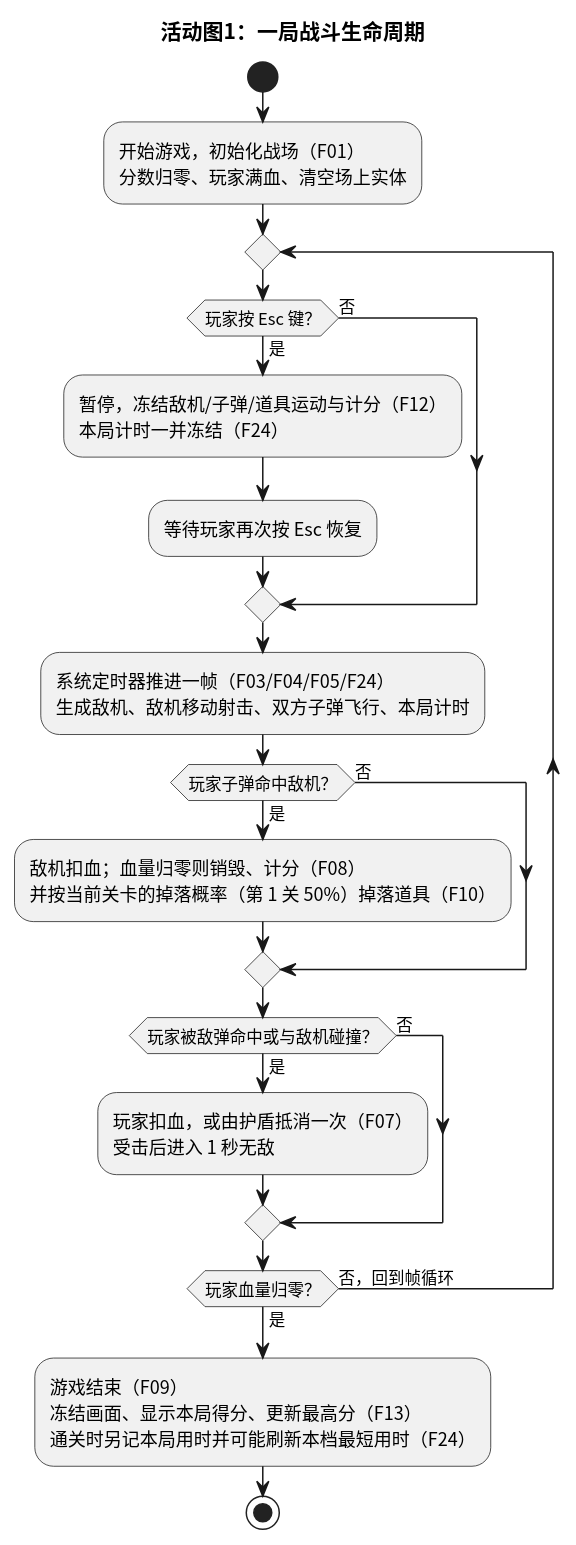
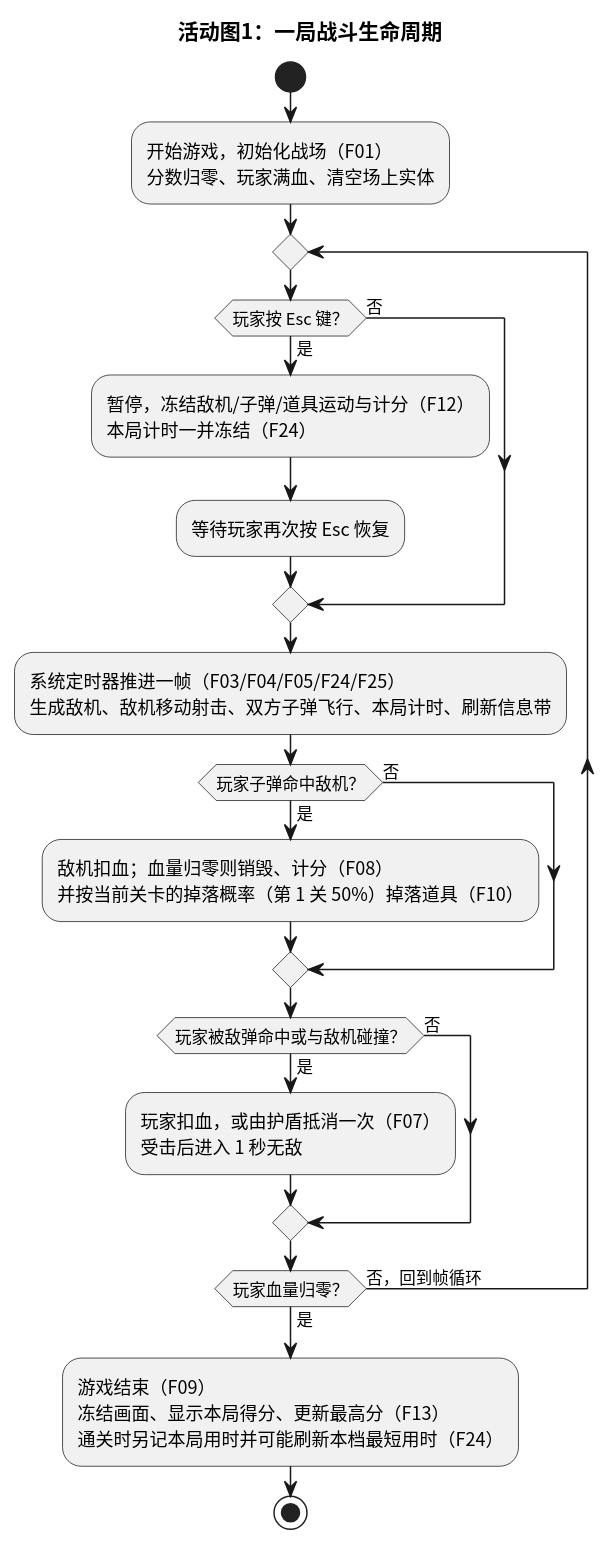
Before and after one commit to hit-plane/PLANE: the diagram in docs/puml/activity-battle-loop.puml（活动图1源）.puml, drawn with PlantUML. The commit also changed 4 other files, not shown here.

```diff
--- a/docs/puml/activity-battle-loop.puml（活动图1源）.puml
+++ b/docs/puml/activity-battle-loop.puml（活动图1源）.puml
@@ -1,24 +1,24 @@
 @startuml activity-battle-loop
 skinparam defaultFontName "Noto Sans CJK SC"
 title 活动图1：一局战斗生命周期
 start
 :开始游戏，初始化战场（F01）\n分数归零、玩家满血、清空场上实体;
 repeat
   if (玩家按 Esc 键？) then (是)
     :暂停，冻结敌机/子弹/道具运动与计分（F12）\n本局计时一并冻结（F24）;
     :等待玩家再次按 Esc 恢复;
   else (否)
   endif
-  :系统定时器推进一帧（F03/F04/F05/F24）\n生成敌机、敌机移动射击、双方子弹飞行、本局计时;
+  :系统定时器推进一帧（F03/F04/F05/F24/F25）\n生成敌机、敌机移动射击、双方子弹飞行、本局计时、刷新信息带;
   if (玩家子弹命中敌机？) then (是)
     :敌机扣血；血量归零则销毁、计分（F08）\n并按当前关卡的掉落概率（第 1 关 50%）掉落道具（F10）;
   else (否)
   endif
   if (玩家被敌弹命中或与敌机碰撞？) then (是)
     :玩家扣血，或由护盾抵消一次（F07）\n受击后进入 1 秒无敌;
   else (否)
   endif
 repeat while (玩家血量归零？) is (否，回到帧循环) not (是)
 :游戏结束（F09）\n冻结画面、显示本局得分、更新最高分（F13）\n通关时另记本局用时并可能刷新本档最短用时（F24）;
 stop
 @enduml
```
